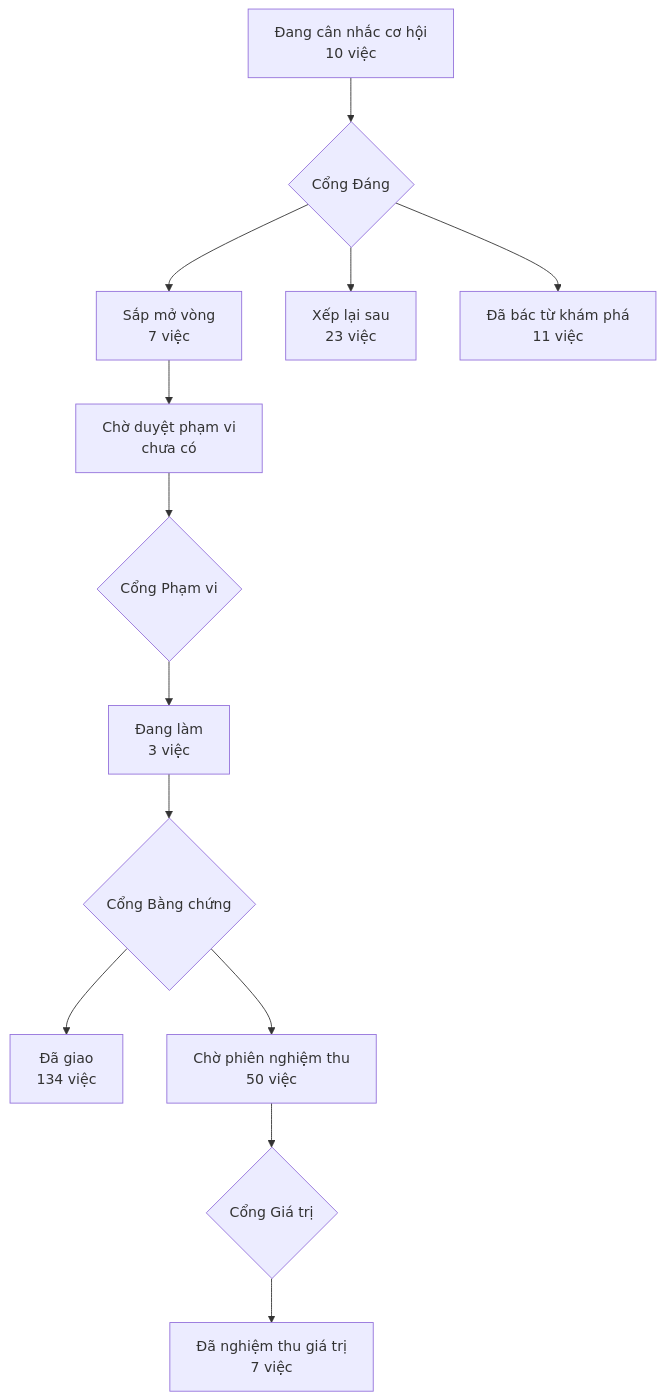
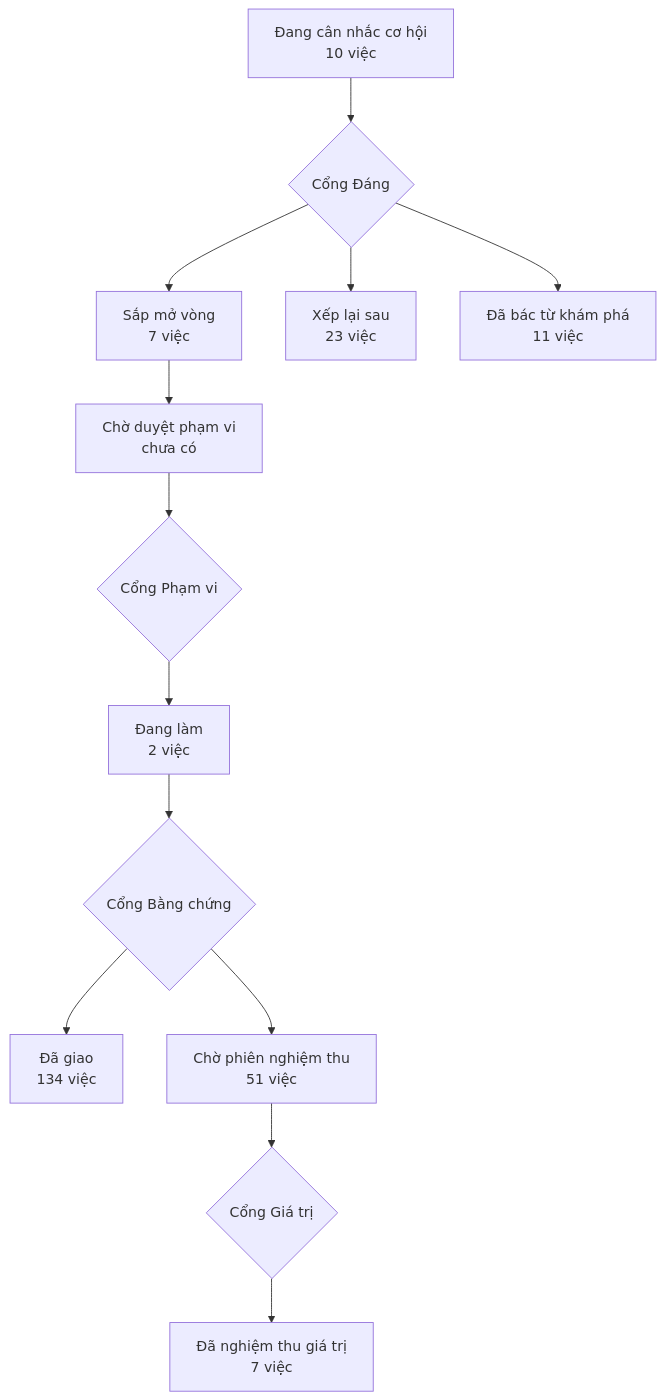
Before and after one commit to phanlemanh/acceptance-gate-kit: the diagram in PRODUCT-MAP.md, drawn with Mermaid. The commit also changed 6 other files, not shown here.

````diff
--- a/PRODUCT-MAP.md
+++ b/PRODUCT-MAP.md
@@ -7,12 +7,12 @@
 ```mermaid
 flowchart TD
   A["Đang cân nhắc cơ hội<br/>10 việc"] --> GD{"Cổng Đáng"}
   GD --> B["Sắp mở vòng<br/>7 việc"]
   GD --> XL["Xếp lại sau<br/>23 việc"]
   GD --> DB["Đã bác từ khám phá<br/>11 việc"]
   B --> CD["Chờ duyệt phạm vi<br/>chưa có"] --> GP{"Cổng Phạm vi"}
-  GP --> DL["Đang làm<br/>3 việc"] --> GB{"Cổng Bằng chứng"}
+  GP --> DL["Đang làm<br/>2 việc"] --> GB{"Cổng Bằng chứng"}
   GB --> DG["Đã giao<br/>134 việc"]
-  GB --> CN["Chờ phiên nghiệm thu<br/>50 việc"] --> GG{"Cổng Giá trị"}
+  GB --> CN["Chờ phiên nghiệm thu<br/>51 việc"] --> GG{"Cổng Giá trị"}
   GG --> NT["Đã nghiệm thu giá trị<br/>7 việc"]
 ```
````
